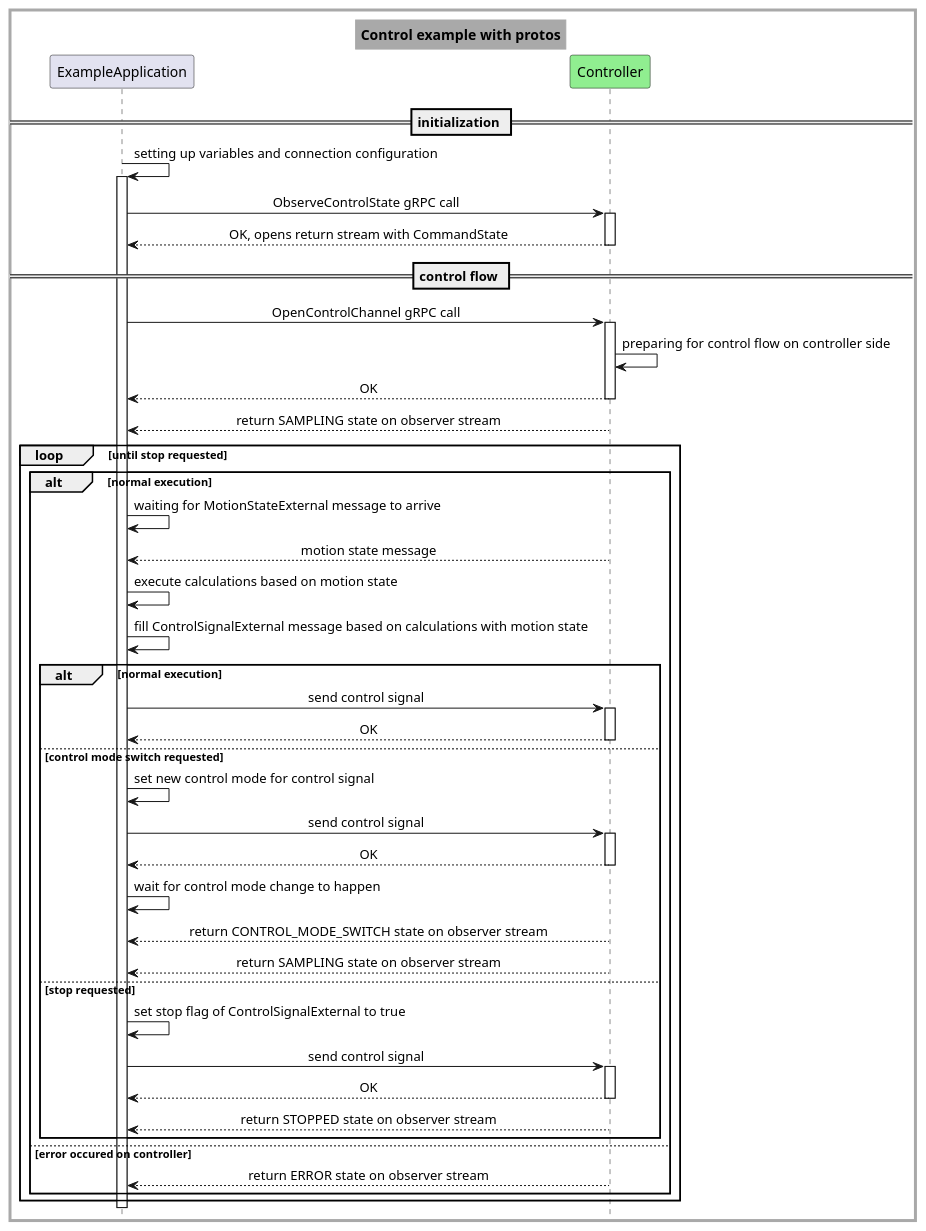
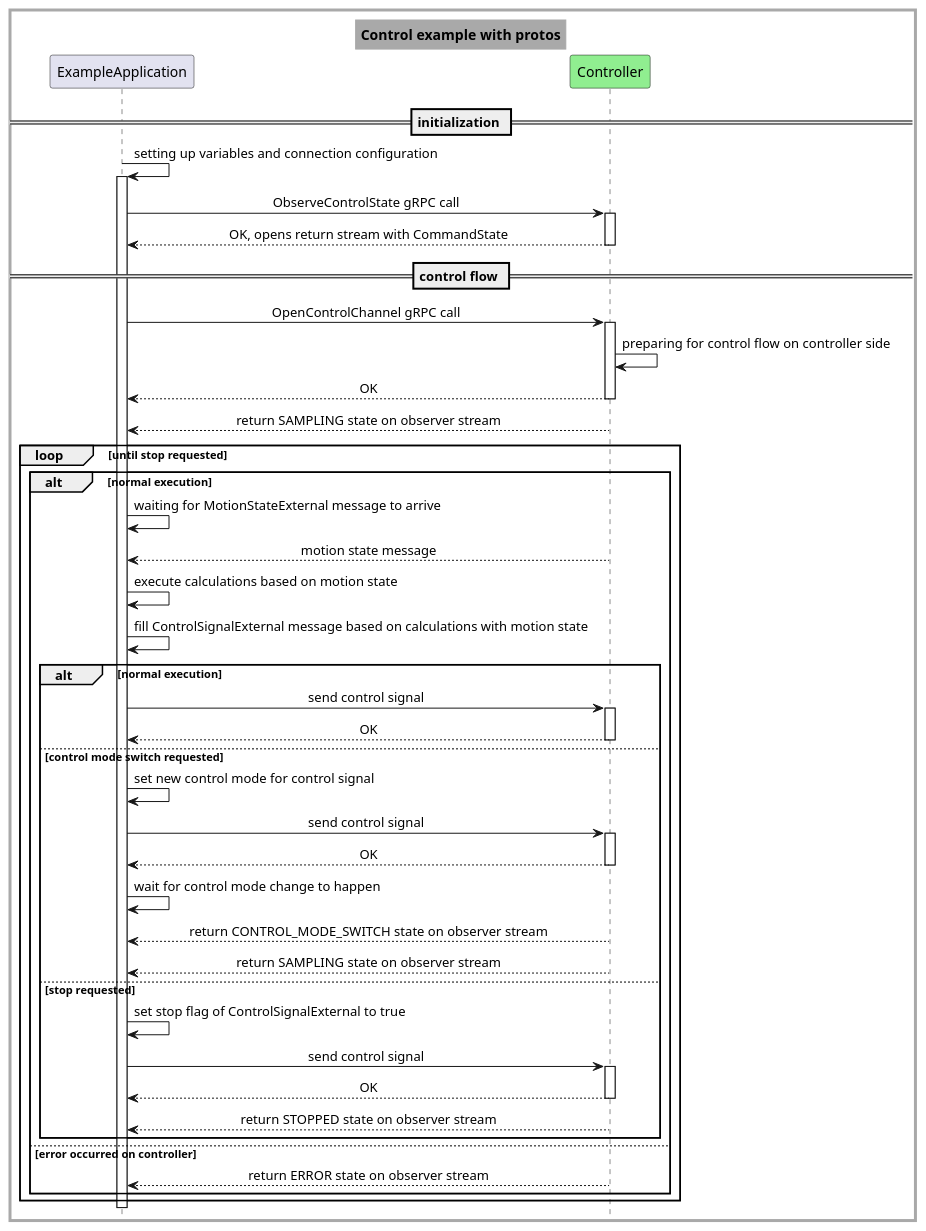
Before and after one commit to kroshu/kuka-external-control-sdk: the diagram in kuka_external_control_sdk/doc/diagrams/control_example_with_protos.puml, drawn with PlantUML. The commit also changed 106 other files, not shown here.

```diff
--- a/kuka_external_control_sdk/doc/diagrams/control_example_with_protos.puml
+++ b/kuka_external_control_sdk/doc/diagrams/control_example_with_protos.puml
@@ -1,69 +1,69 @@
 @startuml ControlExampleWithProtos
 
 skinparam BackgroundColor #ffffff
 skinparam DiagramBorderColor #DarkGray
 skinparam DiagramBorderThickness 3
 skinparam TitleBackgroundColor #DarkGray
 skinparam TitleBorderColor #DarkGray
 skinparam sequenceMessageAlign center
 hide footbox
 
 title <b>Control example with protos
 
 participant ExampleApplication as app
 participant Controller as ctrl #LightGreen
 
 autoactivate on
 
 == initialization ==
 app -> app: setting up variables and connection configuration
 app -> ctrl: ObserveControlState gRPC call
 ctrl --> app: OK, opens return stream with CommandState
 
 == control flow ==
 app -> ctrl: OpenControlChannel gRPC call
 autoactivate off
 ctrl -> ctrl: preparing for control flow on controller side
 autoactivate on
 ctrl --> app: OK
 ctrl --> app: return SAMPLING state on observer stream
 
 
 loop until stop requested
 	alt normal execution
 		autoactivate off
 		app -> app: waiting for MotionStateExternal message to arrive
 		ctrl --> app: motion state message
 		app -> app: execute calculations based on motion state
 		app -> app: fill ControlSignalExternal message based on calculations with motion state
 		autoactivate on
-		
+
 		alt normal execution
 			app -> ctrl: send control signal
 			ctrl --> app: OK
 		else control mode switch requested
 			autoactivate off
 			app -> app: set new control mode for control signal
 			autoactivate on
 			app -> ctrl: send control signal
 			ctrl --> app: OK
 			autoactivate off
 			app -> app: wait for control mode change to happen
 			ctrl --> app: return CONTROL_MODE_SWITCH state on observer stream
 			ctrl --> app: return SAMPLING state on observer stream
 		else stop requested
 			app -> app: set stop flag of ControlSignalExternal to true
 			autoactivate on
 			app -> ctrl: send control signal
 			ctrl --> app: OK
 			ctrl --> app: return STOPPED state on observer stream
 		end
-		
-	else error occured on controller
+
+	else error occurred on controller
 		ctrl --> app: return ERROR state on observer stream
 	end
 end
 
 deactivate app
 
 @enduml
```
